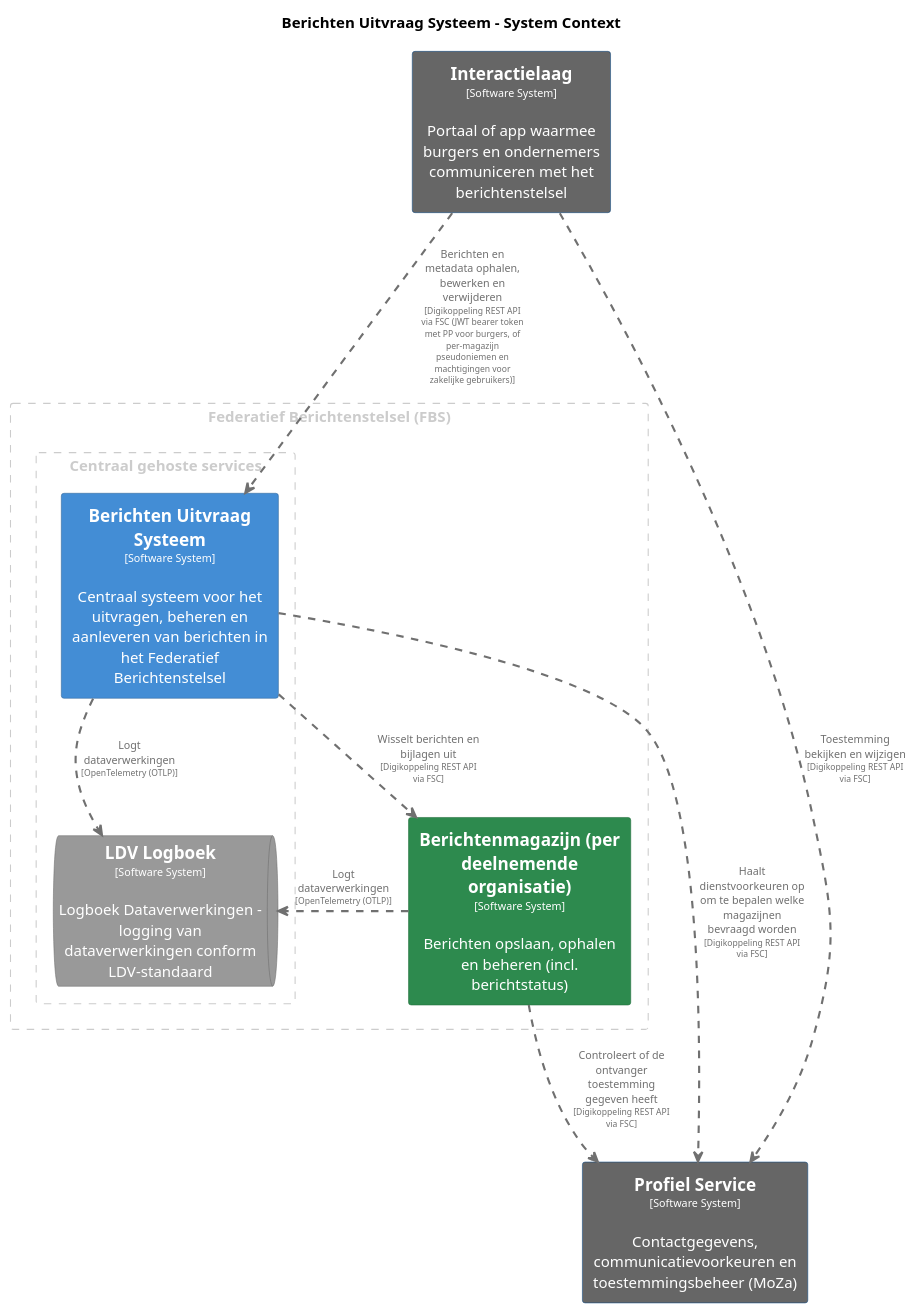
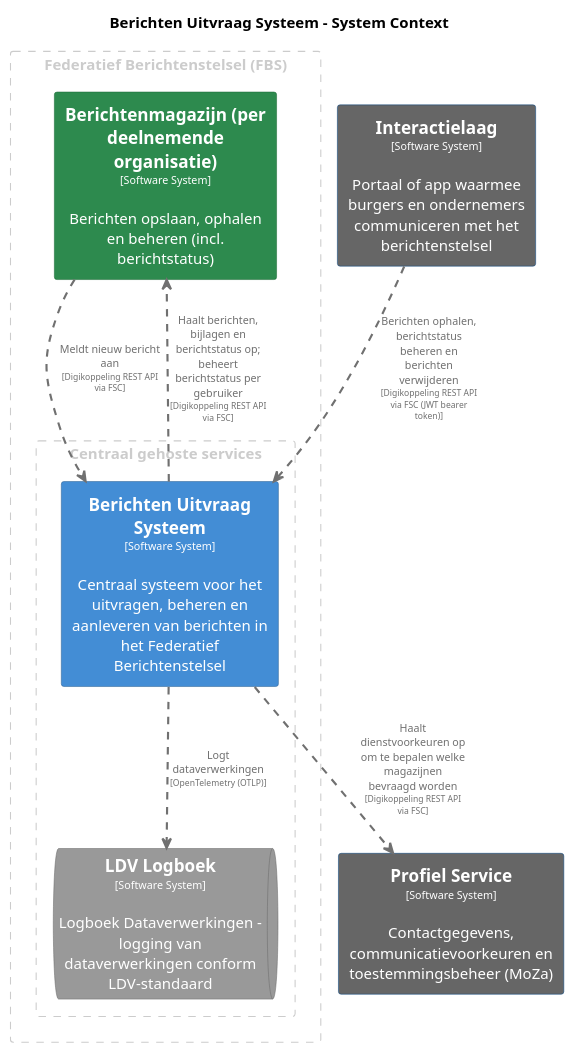
One commit to MinBZK/moza-poc-fbs-berichtenbox changed the diagram in pr-preview/pr-22/master/puml/BerichtenUitvraagSysteem.puml. Above: the diagram before and after it, drawn with PlantUML. The commit also changed 51 other files, not shown here.

```diff
--- a/pr-preview/pr-22/master/puml/BerichtenUitvraagSysteem.puml
+++ b/pr-preview/pr-22/master/puml/BerichtenUitvraagSysteem.puml
@@ -1,76 +1,74 @@
 @startuml
 set separator none
 title Berichten Uitvraag Systeem - System Context
 
 top to bottom direction
 skinparam ranksep 60
 skinparam nodesep 30
 
 skinparam {
   arrowFontSize 10
   defaultTextAlignment center
   wrapWidth 200
   maxMessageSize 100
 }
 
 hide stereotype
 
 skinparam rectangle<<BerichtenUitvraagSysteem>> {
   BackgroundColor #438dd5
   FontColor #ffffff
   BorderColor #2e6295
   shadowing false
 }
 skinparam rectangle<<Berichtenmagazijnperdeelnemendeorganisatie>> {
   BackgroundColor #2d8a4e
   FontColor #ffffff
   BorderColor #1e6b38
   shadowing false
 }
 skinparam rectangle<<Interactielaag>> {
   BackgroundColor #666666
   FontColor #ffffff
   BorderColor #0b4884
   shadowing false
 }
 skinparam queue<<LDVLogboek>> {
   BackgroundColor #999999
   FontColor #ffffff
   BorderColor #6b6b6b
   shadowing false
 }
 skinparam rectangle<<ProfielService>> {
   BackgroundColor #666666
   FontColor #ffffff
   BorderColor #0b4884
   shadowing false
 }
 
 rectangle "Federatief Berichtenstelsel (FBS)" <<group1>> as group1 {
   skinparam RectangleBorderColor<<group1>> #cccccc
   skinparam RectangleFontColor<<group1>> #cccccc
   skinparam RectangleBorderStyle<<group1>> dashed
 
   rectangle "==Berichtenmagazijn (per deelnemende organisatie)\n<size:10>[Software System]</size>\n\nBerichten opslaan, ophalen en beheren (incl. berichtstatus)" <<Berichtenmagazijnperdeelnemendeorganisatie>> as Berichtenmagazijnperdeelnemendeorganisatie
     rectangle "Centraal gehoste services" <<group2>> as group2 {
       skinparam RectangleBorderColor<<group2>> #cccccc
       skinparam RectangleFontColor<<group2>> #cccccc
       skinparam RectangleBorderStyle<<group2>> dashed
 
       rectangle "==Berichten Uitvraag Systeem\n<size:10>[Software System]</size>\n\nCentraal systeem voor het uitvragen, beheren en aanleveren van berichten in het Federatief Berichtenstelsel" <<BerichtenUitvraagSysteem>> as BerichtenUitvraagSysteem
       queue "==LDV Logboek\n<size:10>[Software System]</size>\n\nLogboek Dataverwerkingen - logging van dataverwerkingen conform LDV-standaard" <<LDVLogboek>> as LDVLogboek
     }
 
 }
 
 rectangle "==Profiel Service\n<size:10>[Software System]</size>\n\nContactgegevens, communicatievoorkeuren en toestemmingsbeheer (MoZa)" <<ProfielService>> as ProfielService
 rectangle "==Interactielaag\n<size:10>[Software System]</size>\n\nPortaal of app waarmee burgers en ondernemers communiceren met het berichtenstelsel" <<Interactielaag>> as Interactielaag
 
-Berichtenmagazijnperdeelnemendeorganisatie .[#707070,thickness=2].> ProfielService : "<color:#707070>Controleert of de ontvanger toestemming gegeven heeft\n<color:#707070><size:8>[Digikoppeling REST API via FSC]</size>"
 BerichtenUitvraagSysteem .[#707070,thickness=2].> ProfielService : "<color:#707070>Haalt dienstvoorkeuren op om te bepalen welke magazijnen bevraagd worden\n<color:#707070><size:8>[Digikoppeling REST API via FSC]</size>"
-Berichtenmagazijnperdeelnemendeorganisatie .[#707070,thickness=2].> LDVLogboek : "<color:#707070>Logt dataverwerkingen\n<color:#707070><size:8>[OpenTelemetry (OTLP)]</size>"
 BerichtenUitvraagSysteem .[#707070,thickness=2].> LDVLogboek : "<color:#707070>Logt dataverwerkingen\n<color:#707070><size:8>[OpenTelemetry (OTLP)]</size>"
-BerichtenUitvraagSysteem .[#707070,thickness=2].> Berichtenmagazijnperdeelnemendeorganisatie : "<color:#707070>Wisselt berichten en bijlagen uit\n<color:#707070><size:8>[Digikoppeling REST API via FSC]</size>"
-Interactielaag .[#707070,thickness=2].> BerichtenUitvraagSysteem : "<color:#707070>Berichten en metadata ophalen, bewerken en verwijderen\n<color:#707070><size:8>[Digikoppeling REST API via FSC (JWT bearer token met PP voor burgers, of per-magazijn pseudoniemen en machtigingen voor zakelijke gebruikers)]</size>"
-Interactielaag .[#707070,thickness=2].> ProfielService : "<color:#707070>Toestemming bekijken en wijzigen\n<color:#707070><size:8>[Digikoppeling REST API via FSC]</size>"
+BerichtenUitvraagSysteem .[#707070,thickness=2].> Berichtenmagazijnperdeelnemendeorganisatie : "<color:#707070>Haalt berichten, bijlagen en berichtstatus op; beheert berichtstatus per gebruiker\n<color:#707070><size:8>[Digikoppeling REST API via FSC]</size>"
+Interactielaag .[#707070,thickness=2].> BerichtenUitvraagSysteem : "<color:#707070>Berichten ophalen, berichtstatus beheren en berichten verwijderen\n<color:#707070><size:8>[Digikoppeling REST API via FSC (JWT bearer token)]</size>"
+Berichtenmagazijnperdeelnemendeorganisatie .[#707070,thickness=2].> BerichtenUitvraagSysteem : "<color:#707070>Meldt nieuw bericht aan\n<color:#707070><size:8>[Digikoppeling REST API via FSC]</size>"
 @enduml
```
